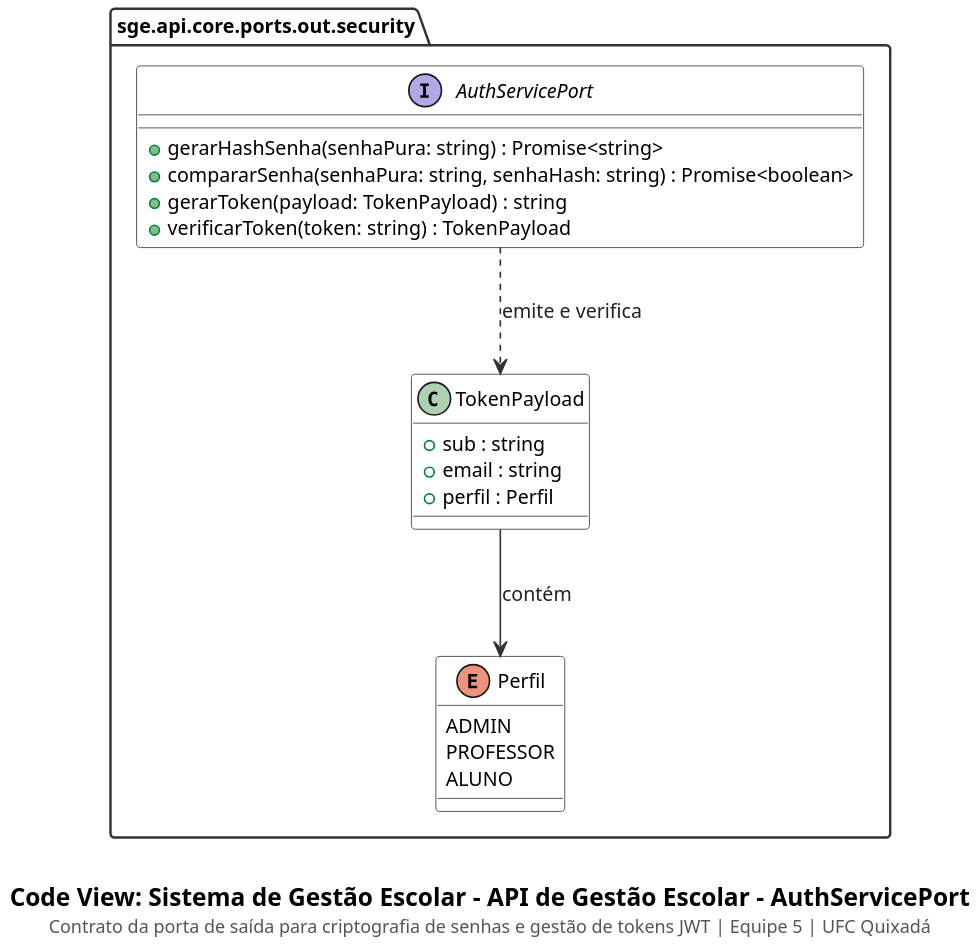
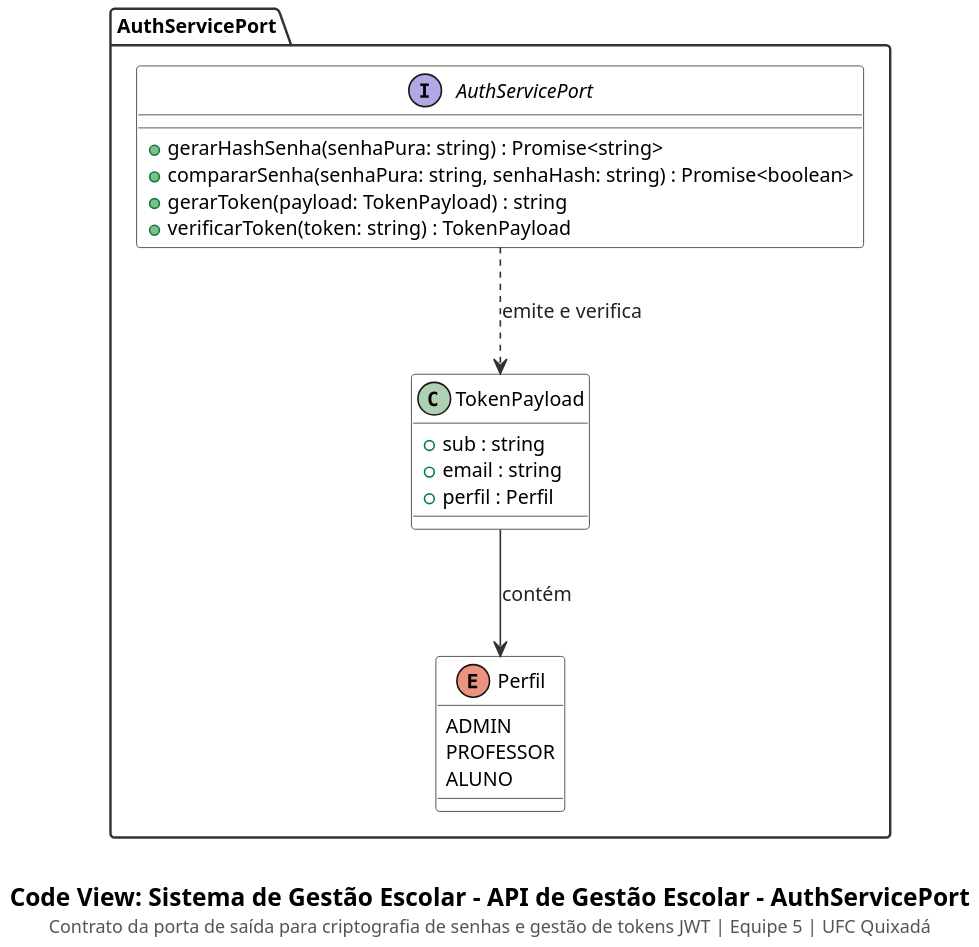
Before and after one commit to cicerocarnauba/sistema-gestao-escolar: the diagram in docs/code/auth-service-port.puml, drawn with PlantUML. The commit also changed 14 other files, not shown here.

```diff
--- a/docs/code/auth-service-port.puml
+++ b/docs/code/auth-service-port.puml
@@ -1,46 +1,46 @@
 @startuml
 set separator none
 top to bottom direction
 skinparam backgroundColor #FFFFFF
 skinparam shadowing false
 skinparam dpi 180
 skinparam defaultFontName "SansSerif"
 skinparam defaultFontSize 12
 skinparam packageStyle folder
 skinparam packageBackgroundColor #FFFFFF
 skinparam packageBorderColor #333333
 skinparam packageFontStyle bold
 skinparam classBackgroundColor #FFFFFF
 skinparam classHeaderBackgroundColor #FFFFFF
 skinparam classBorderColor #333333
 skinparam arrowColor #333333
 skinparam arrowFontColor #222222
 skinparam noteBackgroundColor #FAFAFA
 skinparam noteBorderColor #666666
 
-package "sge.api.core.ports.out.security" {
+package "AuthServicePort" as pkg_auth_service_port {
     interface AuthServicePort {
         + gerarHashSenha(senhaPura: string) : Promise<string>
         + compararSenha(senhaPura: string, senhaHash: string) : Promise<boolean>
         + gerarToken(payload: TokenPayload) : string
         + verificarToken(token: string) : TokenPayload
     }
 
     class TokenPayload {
         + sub : string
         + email : string
         + perfil : Perfil
     }
 
     enum Perfil {
         ADMIN
         PROFESSOR
         ALUNO
     }
 
     AuthServicePort ..> TokenPayload : emite e verifica
     TokenPayload --> Perfil : contém
 }
 
 caption \n<size:15><b>Code View: Sistema de Gestão Escolar - API de Gestão Escolar - AuthServicePort</b></size>\n<size:11><color:#555555>Contrato da porta de saída para criptografia de senhas e gestão de tokens JWT | Equipe 5 | UFC Quixadá</color></size>
 @enduml
```
